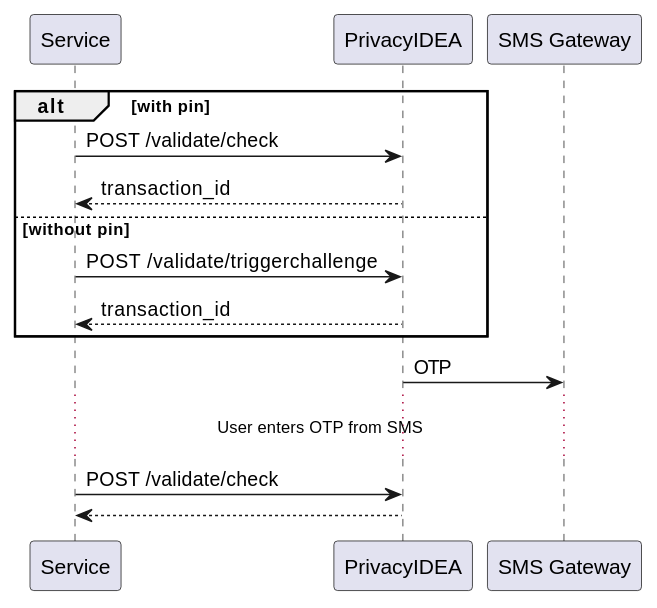
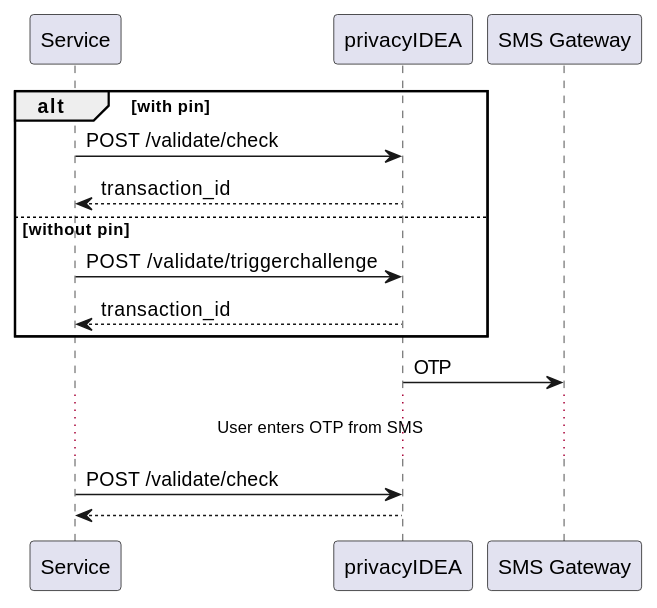
The second of 3 diagrams in doc/configuration/authentication_modes.rst (maxbeth/privacyidea), drawn with PlantUML before and after one commit. The commit also changed other lines of this file, not shown here.

First line of the commit message:
Add a short note what the service is.

```diff
--- a/doc/configuration/authentication_modes.rst
+++ b/doc/configuration/authentication_modes.rst
@@ -67,21 +69,21 @@
 .. uml::
   :width: 500
 
   alt with pin
 
-    Service -> PrivacyIDEA: POST /validate/check
-    Service <-- PrivacyIDEA: transaction_id
+    Service -> privacyIDEA: POST /validate/check
+    Service <-- privacyIDEA: transaction_id
 
   else without pin
 
-    Service -> PrivacyIDEA: POST /validate/triggerchallenge
-    Service <-- PrivacyIDEA: transaction_id
+    Service -> privacyIDEA: POST /validate/triggerchallenge
+    Service <-- privacyIDEA: transaction_id
 
   end
 
-  PrivacyIDEA -> "SMS Gateway": OTP
+  privacyIDEA -> "SMS Gateway": OTP
 
   ...User enters OTP from SMS...
 
-  Service -> PrivacyIDEA: POST /validate/check
-  Service <-- PrivacyIDEA
+  Service -> privacyIDEA: POST /validate/check
+  Service <-- privacyIDEA
```
